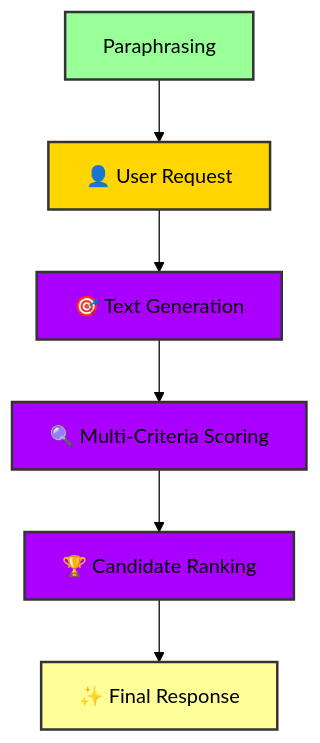
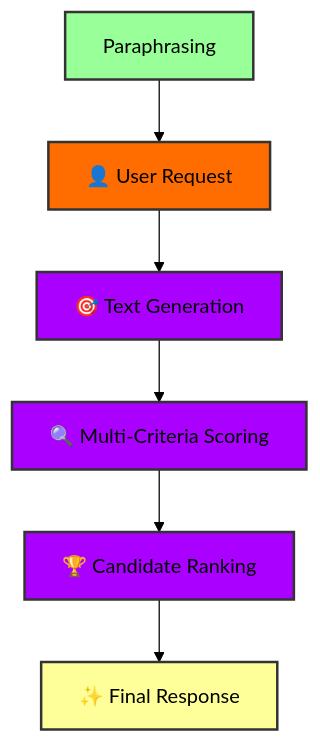
Before and after one commit to AntonioRinaldidev/toxic-radar: the second of 2 diagrams in AI/README.MD, drawn with Mermaid (forest theme).

````diff
--- a/AI/README.MD
+++ b/AI/README.MD
@@ -100,14 +100,14 @@
 ```mermaid
 flowchart TD
     Paraphrasing --> UserRequest[👤 User Request]
     UserRequest --> Generation[🎯 Text Generation]
     Generation --> Scoring[🔍 Multi-Criteria Scoring]
     Scoring --> Ranking[🏆 Candidate Ranking]
     Ranking --> Response[✨ Final Response]
     style Paraphrasing fill:#99ff99,stroke:#333,stroke-width:2px
-    style UserRequest fill:#ffD600,stroke:#333,stroke-width:2px
+    style UserRequest fill:#ff6D00,stroke:#333,stroke-width:2px
     style Generation fill:#AA00FF,stroke:#333,stroke-width:2px
     style Scoring fill:#AA00FF,stroke:#333,stroke-width:2px
     style Ranking fill:#AA00FF,stroke:#333,stroke-width:2px
     style Response fill:#ffff99,stroke:#333,stroke-width:2px
 ```
````
